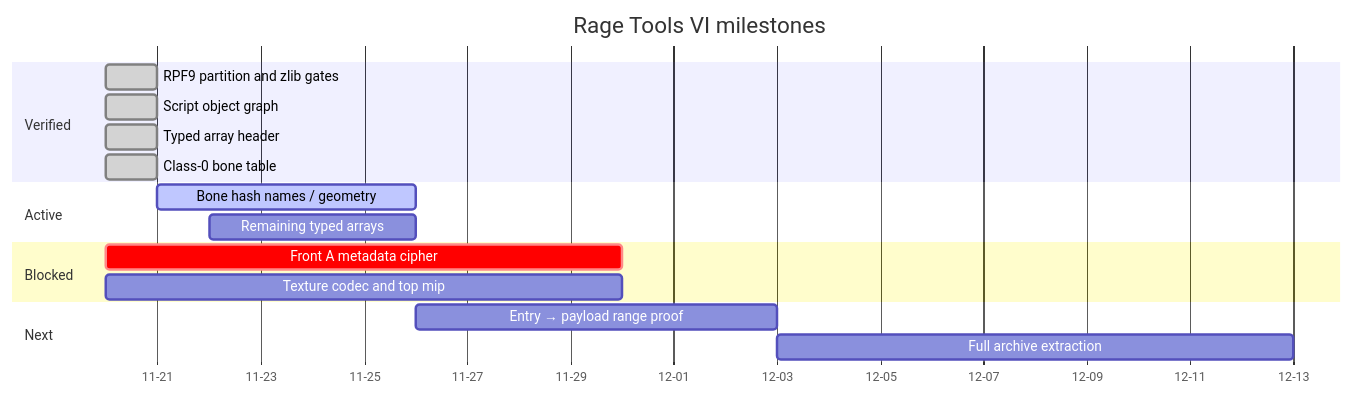
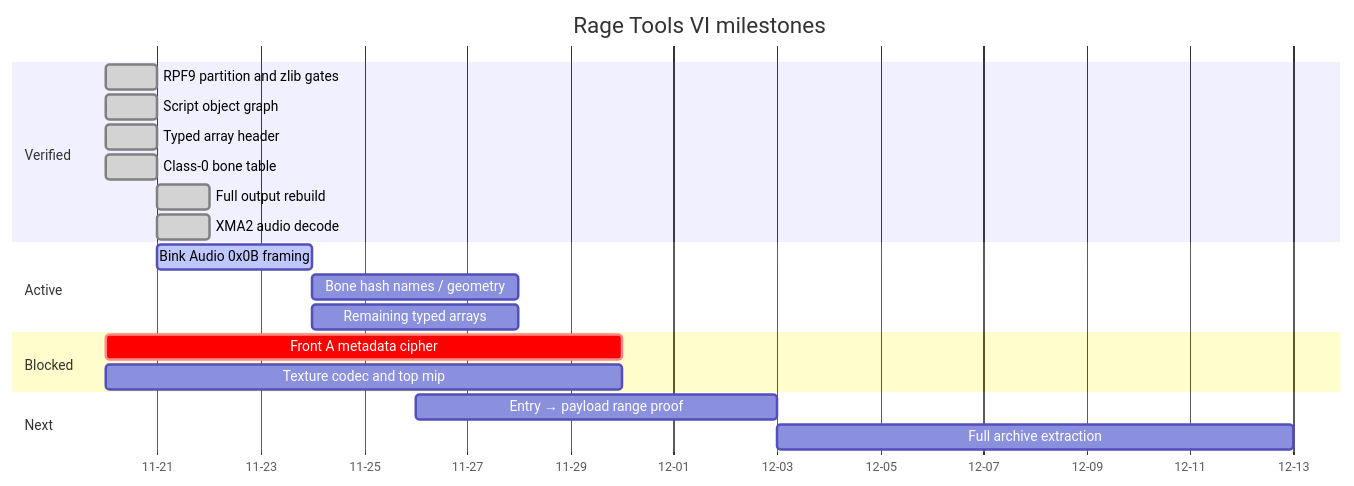
One commit to lynxnathan/rage-tools-vi changed the first of 2 diagrams in docs/roadmap.md. Above: the diagram before and after it, drawn with Mermaid. The commit also changed other lines of this file and 8 other files, not shown here.

Commit message:
Refresh plan and docs for full rebuild and XMA2 audio

````diff
--- a/docs/roadmap.md
+++ b/docs/roadmap.md
@@ -8,20 +8,23 @@
 ```mermaid
 gantt
     title Rage Tools VI milestones
     dateFormat  YYYY-MM-DD
     axisFormat  %m-%d
     section Verified
     RPF9 partition and zlib gates :done, 2026-11-20, 1d
     Script object graph           :done, 2026-11-20, 1d
     Typed array header            :done, 2026-11-20, 1d
     Class-0 bone table            :done, 2026-11-20, 1d
+    Full output rebuild           :done, 2026-11-21, 1d
+    XMA2 audio decode             :done, 2026-11-21, 1d
     section Active
-    Bone hash names / geometry    :active, 2026-11-21, 5d
-    Remaining typed arrays        :2026-11-22, 4d
+    Bink Audio 0x0B framing       :active, 2026-11-21, 3d
+    Bone hash names / geometry    :2026-11-24, 4d
+    Remaining typed arrays        :2026-11-24, 4d
     section Blocked
     Front A metadata cipher       :crit, 2026-11-20, 10d
     Texture codec and top mip     :2026-11-20, 10d
     section Next
     Entry → payload range proof   :2026-11-26, 7d
     Full archive extraction       :2026-12-03, 10d
 ```
````
